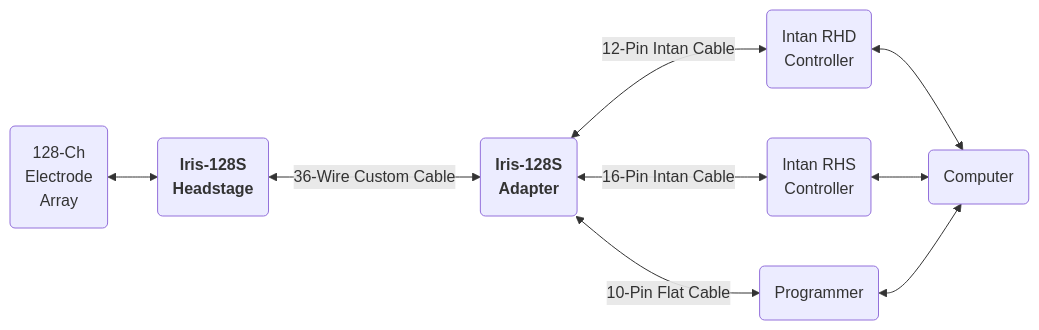
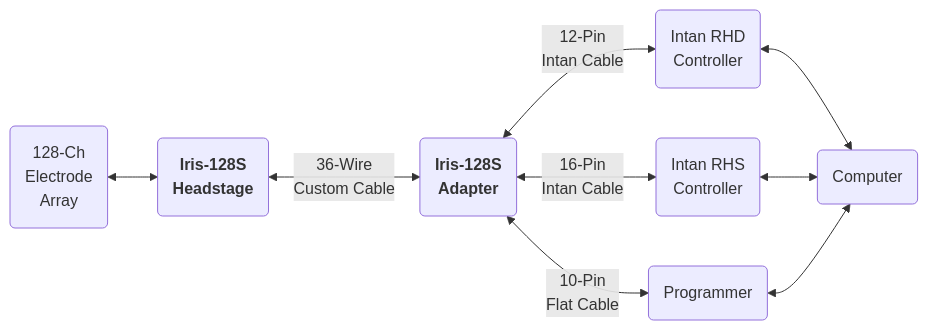
The first of 2 diagrams in docs/iris-128/iris-128s/quickstart.md (openic-org/home), drawn with Mermaid before and after one commit. The commit also changed other lines of this file and 4 other files, not shown here.

````diff
--- a/docs/iris-128/iris-128s/quickstart.md
+++ b/docs/iris-128/iris-128s/quickstart.md
@@ -15,24 +15,28 @@
 ```mermaid
 graph LR
     c0("128-Ch
         Electrode
         Array")
     c1("`**Iris-128S
 	    Headstage**`")
     c2("`**Iris-128S
 	    Adapter**`")
     c3("Intan RHD
         Controller")
     c4("Intan RHS
         Controller")
     c5("Programmer")
 	c6("Computer")
     c0 <--> c1
-    c1 <-- 36-Wire Custom Cable --> c2
-    c2 <-- 12-Pin Intan Cable --> c3
-    c2 <-- 16-Pin Intan Cable --> c4
-    c2 <-- 10-Pin Flat Cable --> c5
+    c1 <-- 36-Wire
+	       Custom Cable --> c2
+    c2 <-- 12-Pin
+	       Intan Cable --> c3
+    c2 <-- 16-Pin
+	       Intan Cable --> c4
+    c2 <-- 10-Pin
+	       Flat Cable --> c5
 	c3 <--> c6
 	c4 <--> c6
 	c5 <--> c6
 ```
````
